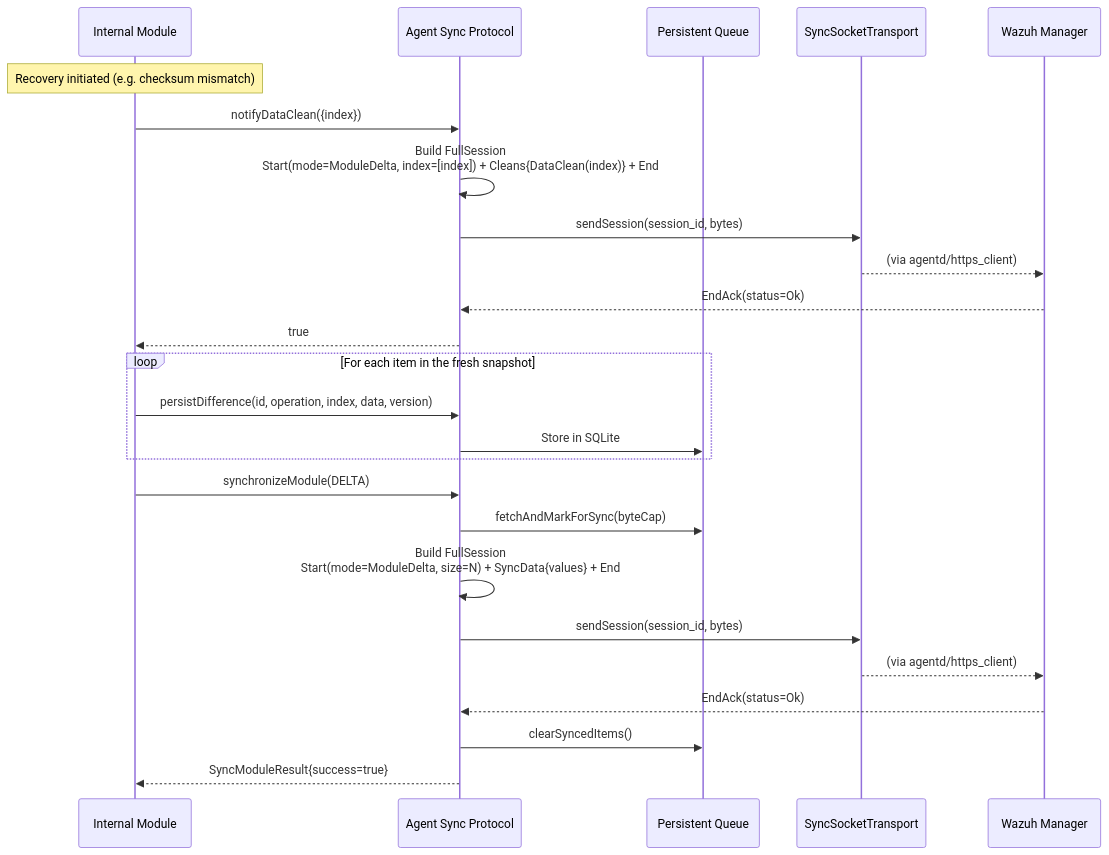
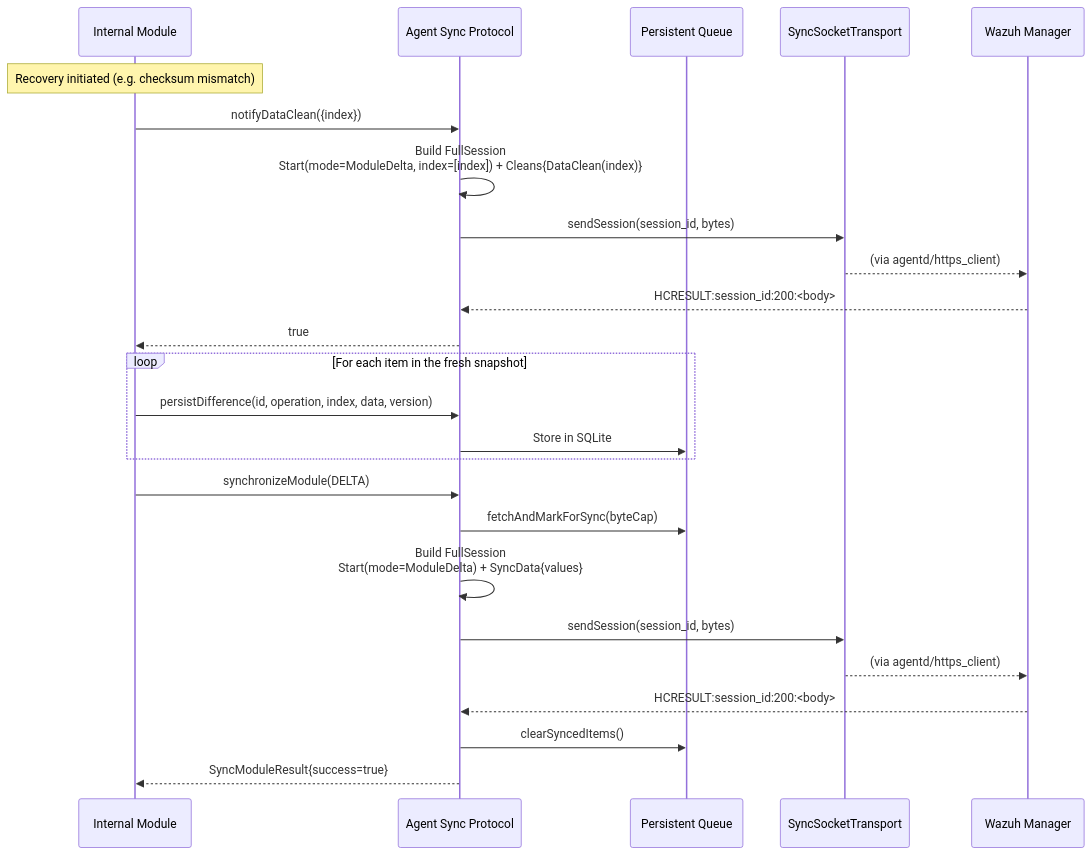
One commit to wazuh/wazuh changed the eighth of 12 diagrams in docs/ref/modules/utils/sync-protocol/sequence-diagrams.md. Above: the diagram before and after it, drawn with Mermaid. The commit also changed other lines of this file and 55 other files, not shown here.

````diff
--- a/docs/ref/modules/utils/sync-protocol/sequence-diagrams.md
+++ b/docs/ref/modules/utils/sync-protocol/sequence-diagrams.md
@@ -200,32 +205,32 @@
 ```mermaid
 sequenceDiagram
     participant Module as Internal Module
     participant ASP as Agent Sync Protocol
     participant Queue as Persistent Queue
     participant Transport as SyncSocketTransport
     participant Manager as Wazuh Manager
 
     Note over Module: Recovery initiated (e.g. checksum mismatch)
 
     Module->>ASP: notifyDataClean({index})
-    ASP->>ASP: Build FullSession<br/>Start(mode=ModuleDelta, index=[index]) + Cleans{DataClean(index)} + End
+    ASP->>ASP: Build FullSession<br/>Start(mode=ModuleDelta, index=[index]) + Cleans{DataClean(index)}
     ASP->>Transport: sendSession(session_id, bytes)
     Transport-->>Manager: (via agentd/https_client)
-    Manager-->>ASP: EndAck(status=Ok)
+    Manager-->>ASP: HCRESULT:session_id:200:<body>
     ASP-->>Module: true
 
     loop For each item in the fresh snapshot
         Module->>ASP: persistDifference(id, operation, index, data, version)
         ASP->>Queue: Store in SQLite
     end
 
     Module->>ASP: synchronizeModule(DELTA)
     ASP->>Queue: fetchAndMarkForSync(byteCap)
-    ASP->>ASP: Build FullSession<br/>Start(mode=ModuleDelta, size=N) + SyncData{values} + End
+    ASP->>ASP: Build FullSession<br/>Start(mode=ModuleDelta) + SyncData{values}
     ASP->>Transport: sendSession(session_id, bytes)
     Transport-->>Manager: (via agentd/https_client)
-    Manager-->>ASP: EndAck(status=Ok)
+    Manager-->>ASP: HCRESULT:session_id:200:<body>
     ASP->>Queue: clearSyncedItems()
 
     ASP-->>Module: SyncModuleResult{success=true}
 ```
````
